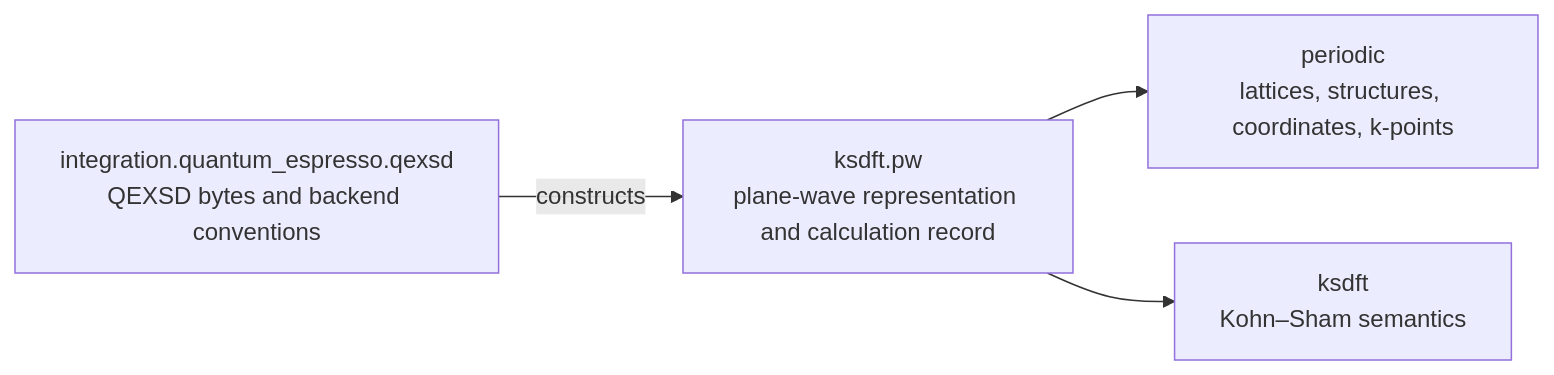
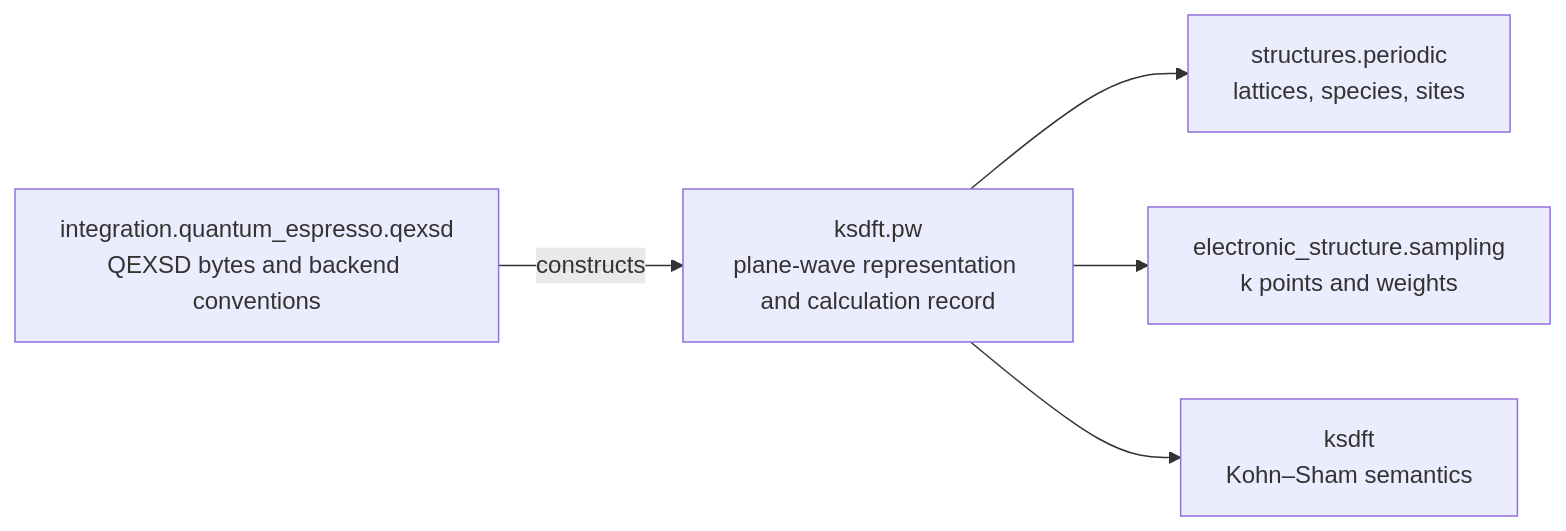
One commit to eragasa/ksdft2effmass changed the diagram in docs/computational/ksdft-pw-record-architecture.md. Above: the diagram before and after it, drawn with Mermaid. The commit also changed other lines of this file and 73 other files, not shown here.

Commit message:
Complete periodic structures migration

````diff
--- a/docs/computational/ksdft-pw-record-architecture.md
+++ b/docs/computational/ksdft-pw-record-architecture.md
@@ -26,11 +32,13 @@
 ```mermaid
 flowchart LR
     QE["integration.quantum_espresso.qexsd<br/>QEXSD bytes and backend conventions"]
-    PERIODIC["periodic<br/>lattices, structures, coordinates, k-points"]
+    STRUCTURES["structures.periodic<br/>lattices, species, sites"]
+    SAMPLING["electronic_structure.sampling<br/>k points and weights"]
     KSDFT["ksdft<br/>Kohn–Sham semantics"]
     PW["ksdft.pw<br/>plane-wave representation and calculation record"]
 
     QE -->|"constructs"| PW
-    PW --> PERIODIC
+    PW --> STRUCTURES
+    PW --> SAMPLING
     PW --> KSDFT
 ```
````
